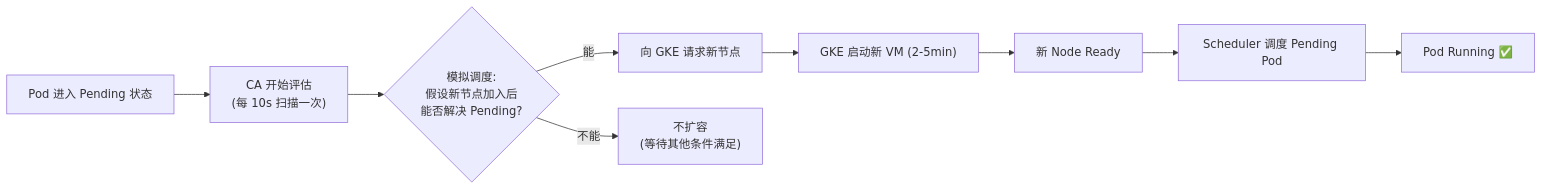
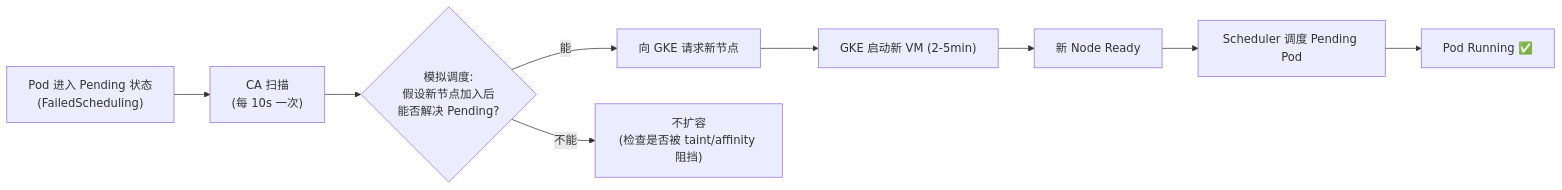
One commit to aibangjuxin/knowledge changed the fifth of 6 diagrams in k8s/docs/k8s-scale/k8s-resouce-autoscale.md. Above: the diagram before and after it, drawn with Mermaid. The commit also changed other lines of this file, not shown here.

````diff
--- a/k8s/docs/k8s-scale/k8s-resouce-autoscale.md
+++ b/k8s/docs/k8s-scale/k8s-resouce-autoscale.md
@@ -273,11 +287,11 @@
 ```mermaid
 flowchart LR
-    A["Pod 进入 Pending 状态"] --> B["CA 开始评估\n(每 10s 扫描一次)"]
+    A["Pod 进入 Pending 状态\n(FailedScheduling)"] --> B["CA 扫描\n(每 10s 一次)"]
     B --> C{"模拟调度:\n假设新节点加入后\n能否解决 Pending?"}
     C -->|能| D["向 GKE 请求新节点"]
-    C -->|不能| E["不扩容\n(等待其他条件满足)"]
+    C -->|不能| E["不扩容\n(检查是否被 taint/affinity 阻挡)"]
     D --> F["GKE 启动新 VM (2-5min)"]
     F --> G["新 Node Ready"]
     G --> H["Scheduler 调度 Pending Pod"]
     H --> I["Pod Running ✅"]
 ```
````
